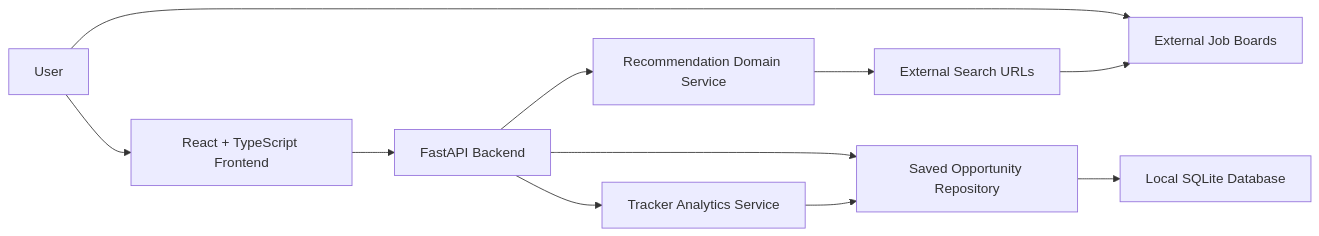
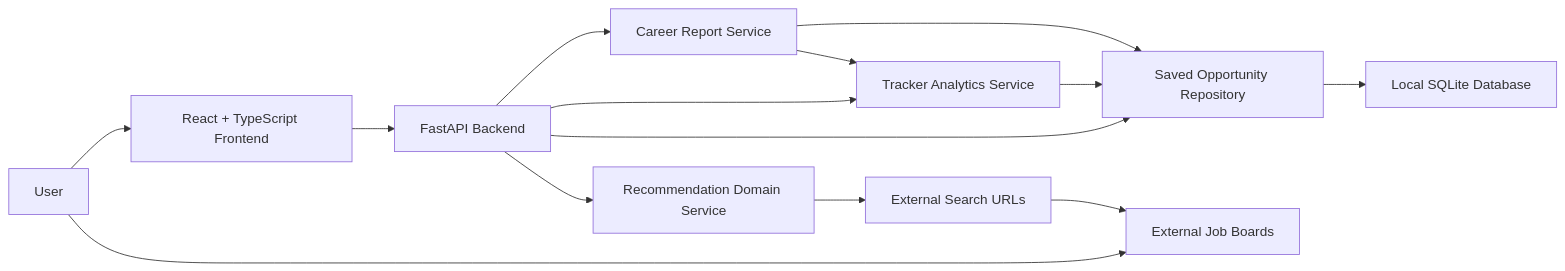
One commit to Justindwinata/JobTrackr changed the first of 5 diagrams in docs/SYSTEM_ARCHITECTURE.md. Above: the diagram before and after it, drawn with Mermaid. The commit also changed other lines of this file and 4 other files, not shown here.

Commit message:
docs: document career progress reports

````diff
--- a/docs/SYSTEM_ARCHITECTURE.md
+++ b/docs/SYSTEM_ARCHITECTURE.md
@@ -7,13 +7,16 @@
 ```mermaid
 flowchart LR
     User["User"] --> Frontend["React + TypeScript Frontend"]
     Frontend --> API["FastAPI Backend"]
     API --> Domain["Recommendation Domain Service"]
     API --> Repo["Saved Opportunity Repository"]
     API --> Tracker["Tracker Analytics Service"]
+    API --> Reports["Career Report Service"]
     Repo --> SQLite["Local SQLite Database"]
     Tracker --> Repo
+    Reports --> Tracker
+    Reports --> Repo
     Domain --> Links["External Search URLs"]
     User --> Boards["External Job Boards"]
     Links --> Boards
 ```
````
